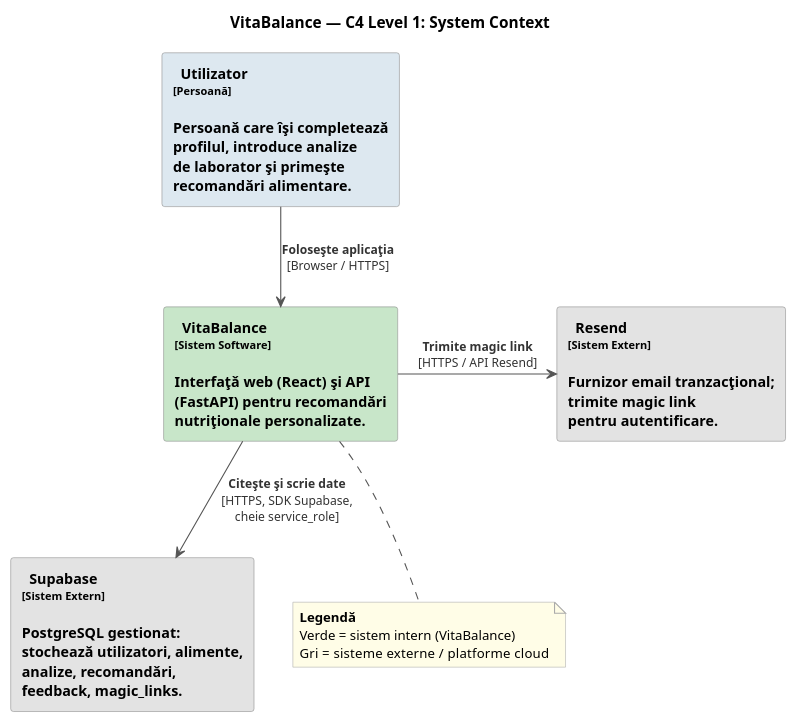
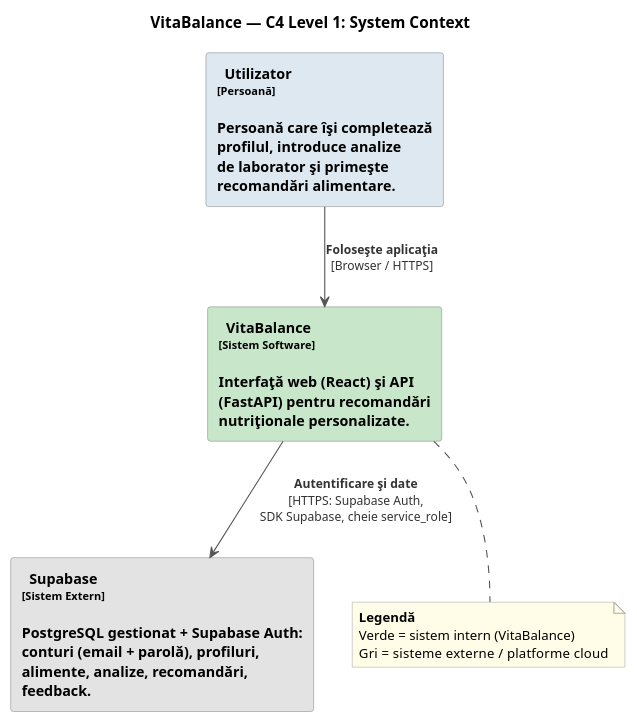
The diagram in docs/diagrams/c4-context.puml (CalinGraphics/VitaBalance), drawn with PlantUML before and after one commit. The commit also changed 25 other files, not shown here.

First line of the commit message:
Move login to Supabase Auth and drop the self-signed JWT

```diff
--- a/docs/diagrams/c4-context.puml
+++ b/docs/diagrams/c4-context.puml
@@ -1,48 +1,44 @@
 @startuml VitaBalance_C4_Context
 title VitaBalance — C4 Level 1: System Context
 
 skinparam shadowing false
 skinparam backgroundColor #FFFFFF
 skinparam defaultFontName "Segoe UI"
 skinparam defaultFontSize 12
 skinparam ArrowColor #555555
 skinparam ArrowFontColor #333333
 skinparam ArrowFontSize 11
 skinparam rectangleBorderColor #888888
 skinparam rectangleBackgroundColor #FAFAFA
 skinparam noteBorderColor #AAAAAA
 skinparam noteBackgroundColor #FFFDE7
 
 skinparam rectangle {
   FontSize 13
   FontStyle bold
 }
 
 top to bottom direction
 
 ' ===== PERSON =====
 rectangle "  <b>Utilizator</b>\n<size:10>[Persoană]</size>\n\nPersoanǎ care îşi completează\nprofilul, introduce analize\nde laborator şi primeşte\nrecomandǎri alimentare." as USER #DDE8F0 {
 }
 
 ' ===== SYSTEM =====
 rectangle "  <b>VitaBalance</b>\n<size:10>[Sistem Software]</size>\n\nInterfaţǎ web (React) şi API\n(FastAPI) pentru recomandǎri\nnutriţionale personalizate." as VB #C8E6C9 {
 }
 
 ' ===== EXTERNAL SYSTEMS =====
-rectangle "  <b>Supabase</b>\n<size:10>[Sistem Extern]</size>\n\nPostgreSQL gestionat:\nstochează utilizatori, alimente,\nanalize, recomandǎri,\nfeedback, magic_links." as SUPA #E3E3E3 {
-}
-
-rectangle "  <b>Resend</b>\n<size:10>[Sistem Extern]</size>\n\nFurnizor email tranzacţional;\ntrimite magic link\npentru autentificare." as RESEND #E3E3E3 {
+rectangle "  <b>Supabase</b>\n<size:10>[Sistem Extern]</size>\n\nPostgreSQL gestionat + Supabase Auth:\nconturi (email + parolǎ), profiluri,\nalimente, analize, recomandǎri,\nfeedback." as SUPA #E3E3E3 {
 }
 
 USER -down-> VB : "<b>Foloseşte aplicaţia</b>\n[Browser / HTTPS]"
-VB -down-> SUPA : "<b>Citeşte şi scrie date</b>\n[HTTPS, SDK Supabase,\ncheie service_role]"
-VB -right-> RESEND : "<b>Trimite magic link</b>\n[HTTPS / API Resend]"
+VB -down-> SUPA : "<b>Autentificare şi date</b>\n[HTTPS: Supabase Auth,\nSDK Supabase, cheie service_role]"
 
 note bottom of VB
   **Legendă**
   Verde = sistem intern (VitaBalance)
   Gri   = sisteme externe / platforme cloud
 end note
 
 @enduml
```
